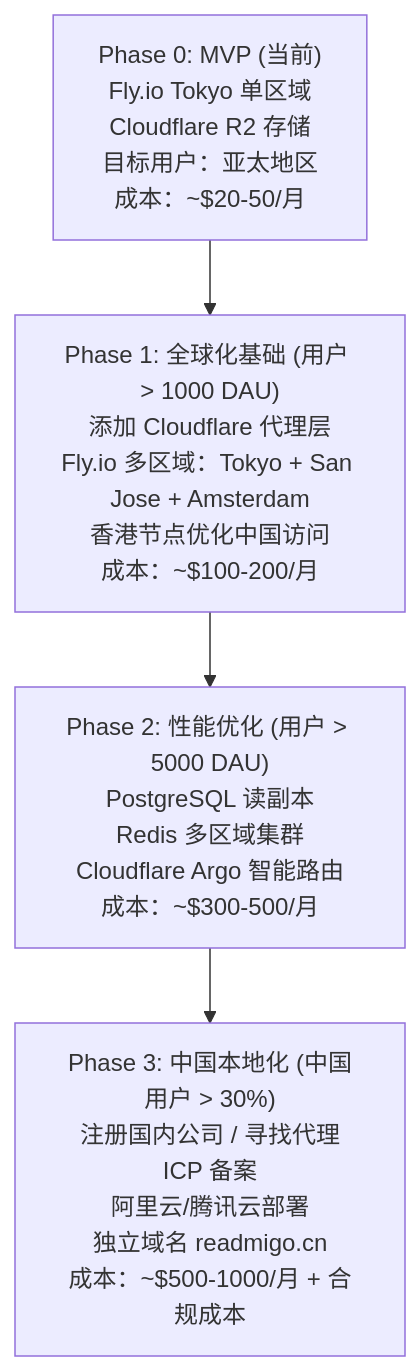
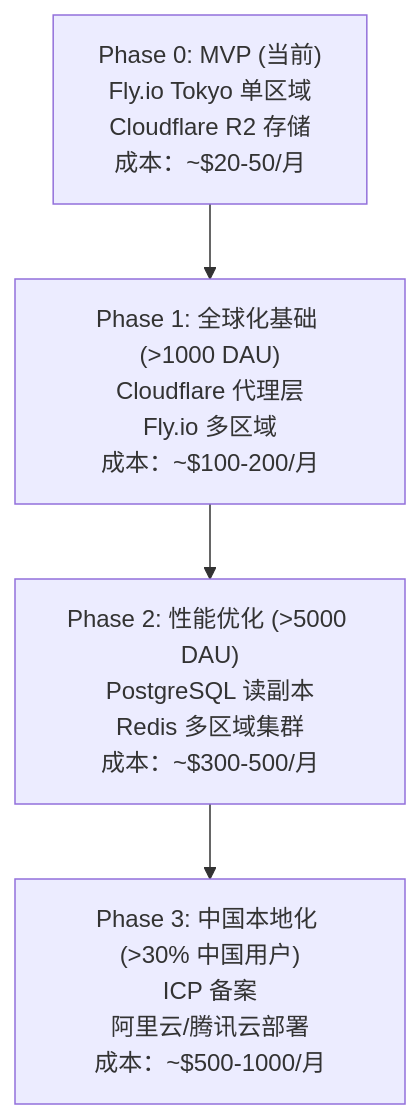
Before and after one commit to readmigo/docs: the third of 4 diagrams in 05-operations/monitoring/performance-optimization.md, drawn with Mermaid. The commit also changed other lines of this file and 27 other files, not shown here.

First line of the commit message:
audit: remove code snippets, update to 2-env architecture across operations and pipeline docs

````diff
--- a/05-operations/monitoring/performance-optimization.md
+++ b/05-operations/monitoring/performance-optimization.md
@@ -80,6 +74,6 @@
 ```mermaid
 graph TD
-    A["Phase 0: MVP (当前)<br>Fly.io Tokyo 单区域<br>Cloudflare R2 存储<br>目标用户：亚太地区<br>成本：~$20-50/月"] --> B["Phase 1: 全球化基础 (用户 > 1000 DAU)<br>添加 Cloudflare 代理层<br>Fly.io 多区域：Tokyo + San Jose + Amsterdam<br>香港节点优化中国访问<br>成本：~$100-200/月"]
-    B --> C["Phase 2: 性能优化 (用户 > 5000 DAU)<br>PostgreSQL 读副本<br>Redis 多区域集群<br>Cloudflare Argo 智能路由<br>成本：~$300-500/月"]
-    C --> D["Phase 3: 中国本地化 (中国用户 > 30%)<br>注册国内公司 / 寻找代理<br>ICP 备案<br>阿里云/腾讯云部署<br>独立域名 readmigo.cn<br>成本：~$500-1000/月 + 合规成本"]
+    A["Phase 0: MVP (当前)<br>Fly.io Tokyo 单区域<br>Cloudflare R2 存储<br>成本：~$20-50/月"] --> B["Phase 1: 全球化基础 (>1000 DAU)<br>Cloudflare 代理层<br>Fly.io 多区域<br>成本：~$100-200/月"]
+    B --> C["Phase 2: 性能优化 (>5000 DAU)<br>PostgreSQL 读副本<br>Redis 多区域集群<br>成本：~$300-500/月"]
+    C --> D["Phase 3: 中国本地化 (>30% 中国用户)<br>ICP 备案<br>阿里云/腾讯云部署<br>成本：~$500-1000/月"]
 ```
````
